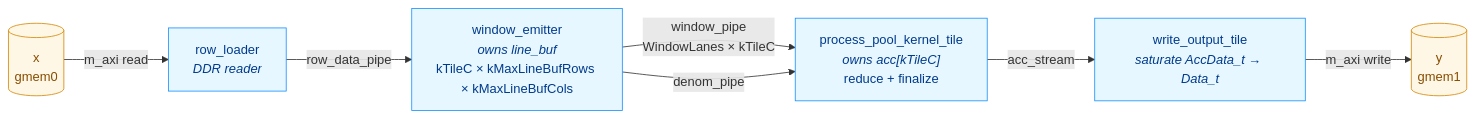
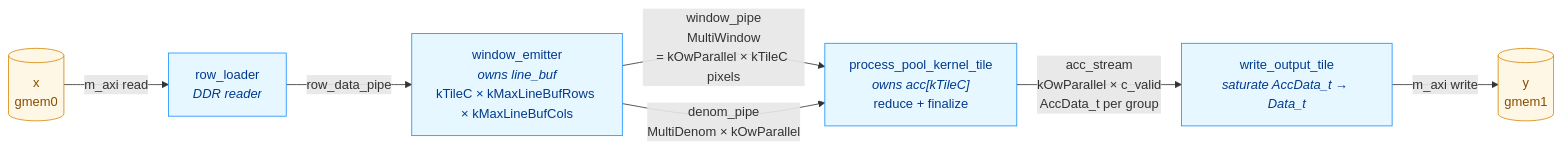
One commit to GradeBuilderSL/cormorant changed the second of 2 diagrams in doc/POOL_OPTIMIZATION.md. Above: the diagram before and after it, drawn with Mermaid. The commit also changed other lines of this file and 3 other files, not shown here.

````diff
--- a/doc/POOL_OPTIMIZATION.md
+++ b/doc/POOL_OPTIMIZATION.md
@@ -410,21 +498,21 @@
 ```mermaid
 flowchart LR
     DDR_IN[("x<br/>gmem0")]
     DDR_OUT[("y<br/>gmem1")]
     RL["row_loader<br/><i>DDR reader</i>"]
     WE["window_emitter<br/><i>owns line_buf</i><br/>kTileC × kMaxLineBufRows × kMaxLineBufCols"]
     PP["process_pool_kernel_tile<br/><i>owns acc[kTileC]</i><br/>reduce + finalize"]
     WO["write_output_tile<br/><i>saturate AccData_t → Data_t</i>"]
 
     DDR_IN -->|m_axi read| RL
     RL -->|row_data_pipe| WE
-    WE -->|window_pipe<br/>WindowLanes × kTileC| PP
-    WE -->|denom_pipe| PP
-    PP -->|acc_stream| WO
+    WE -->|window_pipe<br/>MultiWindow<br/>= kOwParallel × kTileC pixels| PP
+    WE -->|denom_pipe<br/>MultiDenom × kOwParallel| PP
+    PP -->|acc_stream<br/>kOwParallel × c_valid<br/>AccData_t per group| WO
     WO -->|m_axi write| DDR_OUT
 
     classDef ddr fill:#fff7e6,stroke:#d48806,color:#874d00
     classDef stage fill:#e6f7ff,stroke:#1890ff,color:#003a8c
     class DDR_IN,DDR_OUT ddr
     class RL,WE,PP,WO stage
 ```
````
